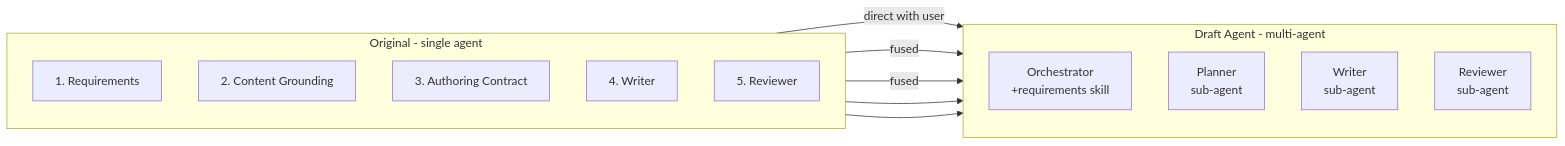
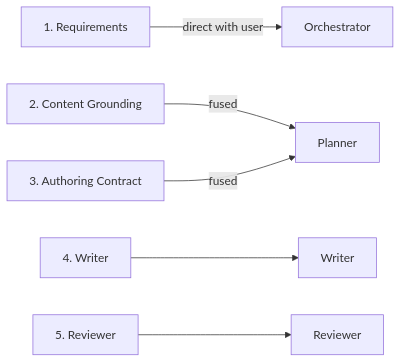
Before and after one commit to Jyoti-Ranjan-Das845/writing-suite: the diagram in docs/planning/phase-agent-mapping.md, drawn with Mermaid. The commit also changed 2 other files, not shown here.

Commit message:
docs: fix Mermaid diagrams for GitHub rendering
Remove subgraphs with direction TB and external connections,
bidirectional arrows, self-referencing edges, and special
characters that GitHub's Mermaid renderer cannot handle.

````diff
--- a/docs/planning/phase-agent-mapping.md
+++ b/docs/planning/phase-agent-mapping.md
@@ -12,25 +12,8 @@
 ```mermaid
 flowchart LR
-    subgraph original[Original - single agent]
-        direction TB
-        P1[1. Requirements]
-        P2[2. Content Grounding]
-        P3[3. Authoring Contract]
-        P4[4. Writer]
-        P5[5. Reviewer]
-    end
-
-    subgraph multi[Draft Agent - multi-agent]
-        direction TB
-        ORCH[Orchestrator\n+requirements skill]
-        PLAN[Planner\nsub-agent]
-        WRIT[Writer\nsub-agent]
-        REVW[Reviewer\nsub-agent]
-    end
-
-    P1 -->|direct with user| ORCH
-    P2 -->|fused| PLAN
-    P3 -->|fused| PLAN
-    P4 --> WRIT
-    P5 --> REVW
+    P1[1. Requirements] -->|direct with user| ORCH[Orchestrator]
+    P2[2. Content Grounding] -->|fused| PLAN[Planner]
+    P3[3. Authoring Contract] -->|fused| PLAN
+    P4[4. Writer] --> WRIT[Writer]
+    P5[5. Reviewer] --> REVW[Reviewer]
 ```
````
